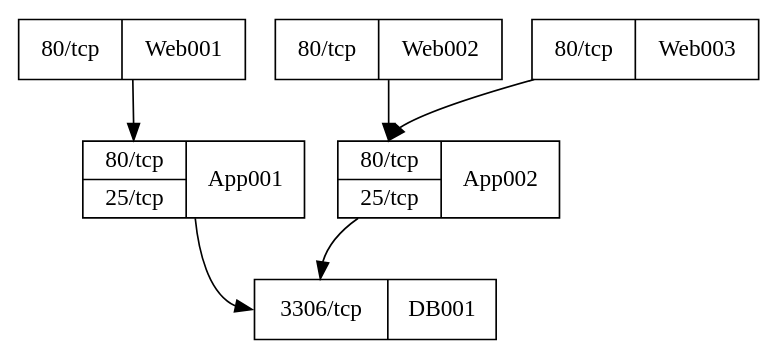
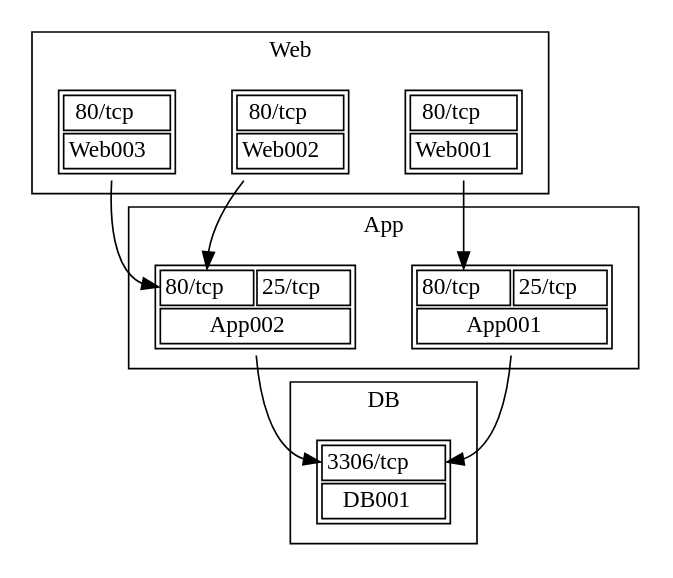
One commit to otahi/network_drawer changed the diagram in examples/simple.dot. Above: the diagram before and after it, drawn with Graphviz. The commit also changed 1 other file, not shown here.

```diff
--- a/examples/simple.dot
+++ b/examples/simple.dot
@@ -1,17 +1,29 @@
-digraph G {
+digraph simple {
+  subgraph cluster0 {
+    label="Web";
+    0[label=<<table><tr><td port="p80tcp"> 80/tcp</td></tr><tr><td colspan="1">Web001</td></tr></table>>,shape="plaintext"];
+    1[label=<<table><tr><td port="p80tcp"> 80/tcp</td></tr><tr><td colspan="1">Web002</td></tr></table>>,shape="plaintext"];
+    2[label=<<table><tr><td port="p80tcp"> 80/tcp</td></tr><tr><td colspan="1">Web003</td></tr></table>>,shape="plaintext"];
+  }
+  subgraph cluster1 {
+    label="App";
+    3[label=<<table><tr><td port="p80tcp"> 80/tcp</td><td port="p25tcp"> 25/tcp</td></tr><tr><td colspan="2">App001</td></tr></table>>,shape="plaintext"];
+    4[label=<<table><tr><td port="p80tcp"> 80/tcp</td><td port="p25tcp"> 25/tcp</td></tr><tr><td colspan="2">App002</td></tr></table>>,shape="plaintext"];
+  }
+  subgraph cluster2 {
+    label="DB";
+    5[label=<<table><tr><td port="p3306tcp"> 3306/tcp</td></tr><tr><td colspan="1">DB001</td></tr></table>>,shape="plaintext"];
+  }
   rankdir="TB";
-  0[label="{<p80tcp> 80/tcp}| Web001",shape="record"];
-  1[label="{<p80tcp> 80/tcp}| Web002",shape="record"];
-  2[label="{<p80tcp> 80/tcp}| Web003",shape="record"];
-  3[label="{<p80tcp> 80/tcp|<p25tcp> 25/tcp}| App001",shape="record"];
-  4[label="{<p80tcp> 80/tcp|<p25tcp> 25/tcp}| App002",shape="record"];
-  5[label="{<p3306tcp> 3306/tcp}| DB001",shape="record"];
+  0;
+  3;
+  1;
+  4;
+  2;
+  5;
   0 -> 3:p80tcp;
   1 -> 4:p80tcp;
   2 -> 4:p80tcp;
   3 -> 5:p3306tcp;
   4 -> 5:p3306tcp;
-  { rank=same; 0; 1; 2; }
-  { rank=same; 3; 4; }
-  { rank=same; 5; }
 }
```
